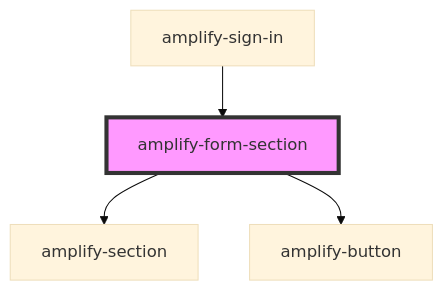
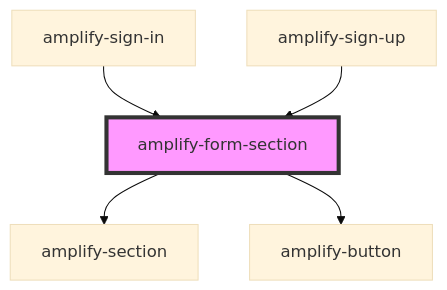
Before and after one commit to aws-amplify/amplify-js: the diagram in packages/amplify-ui-components/src/components/amplify-form-section/readme.md, drawn with Mermaid (base theme). The commit also changed other lines of this file and 17 other files, not shown here.

Commit message:
feat:(@aws-amplify/ui-compnents) Initial commit for SignUp comp

````diff
--- a/packages/amplify-ui-components/src/components/amplify-form-section/readme.md
+++ b/packages/amplify-ui-components/src/components/amplify-form-section/readme.md
@@ -30,7 +31,8 @@
 ```mermaid
 graph TD;
   amplify-form-section --> amplify-section
   amplify-form-section --> amplify-button
   amplify-sign-in --> amplify-form-section
+  amplify-sign-up --> amplify-form-section
   style amplify-form-section fill:#f9f,stroke:#333,stroke-width:4px
 ```
````
